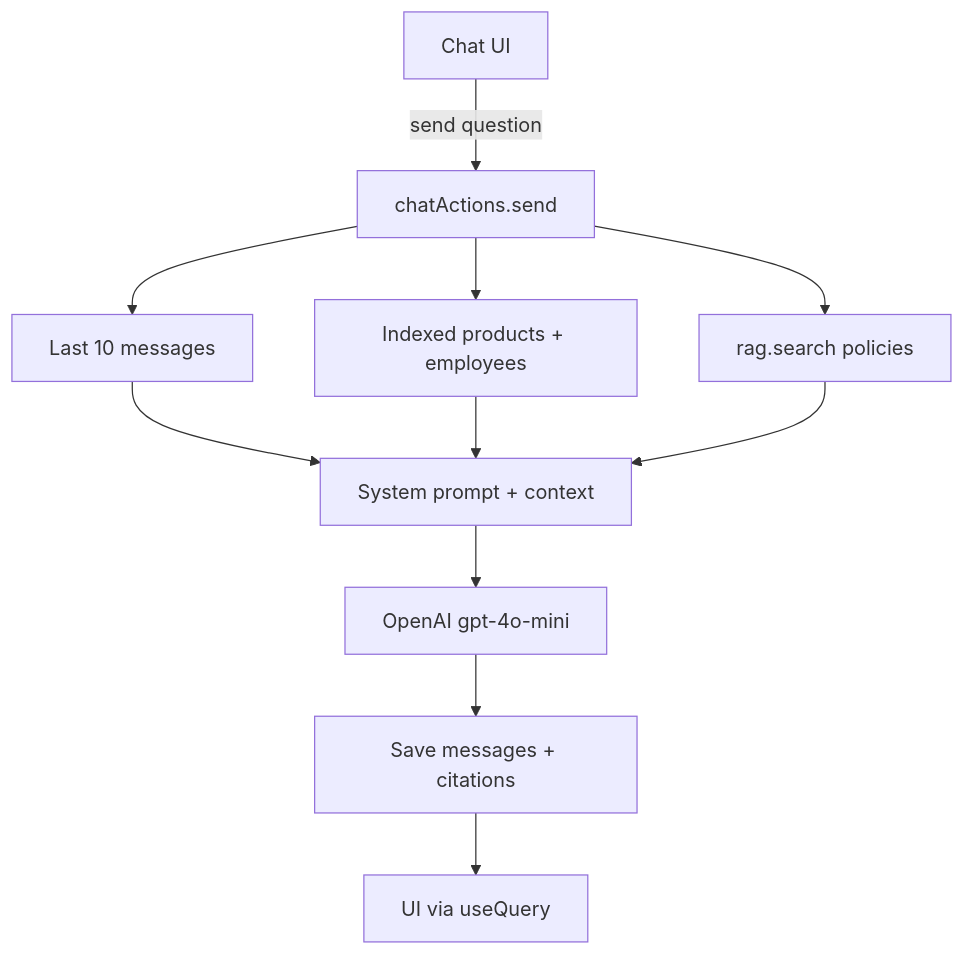
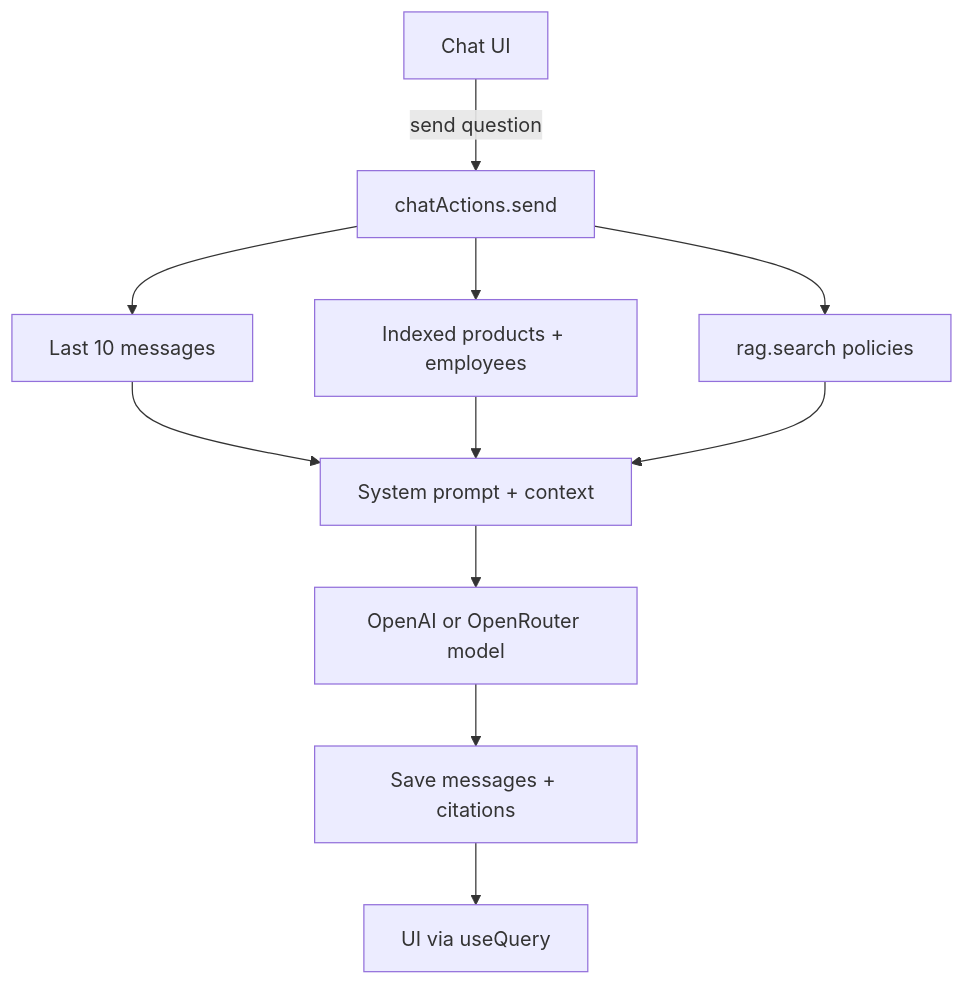
One commit to sonnynabong/cerenity-application changed the diagram in README.md. Above: the diagram before and after it, drawn with Mermaid. The commit also changed other lines of this file and 16 other files, not shown here.

````diff
--- a/README.md
+++ b/README.md
@@ -20,13 +20,13 @@
 ```mermaid
 flowchart TD
   ui[Chat UI] -->|send question| action["chatActions.send"]
   action --> history[Last 10 messages]
   action --> structured["Indexed products + employees"]
   action --> vectors["rag.search policies"]
   history --> prompt[System prompt + context]
   structured --> prompt
   vectors --> prompt
-  prompt --> llm["OpenAI gpt-4o-mini"]
+  prompt --> llm["OpenAI or OpenRouter model"]
   llm --> save[Save messages + citations]
   save --> live[UI via useQuery]
 ```
````
